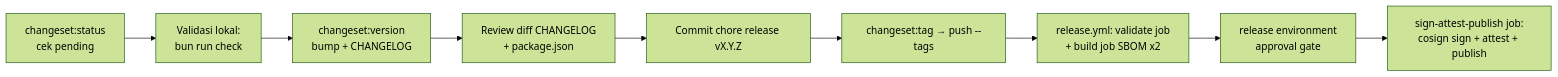
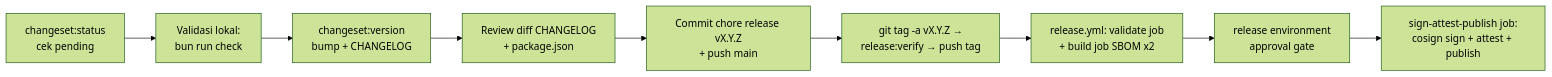
One commit to ahliweb/awcms changed the diagram in .claude/skills/awcms-release/SKILL.md. Above: the diagram before and after it, drawn with Mermaid (forest theme). The commit also changed other lines of this file, not shown here.

First line of the commit message:
docs(skill): koreksi langkah tag rilis di awcms-release (#211)

````diff
--- a/.claude/skills/awcms-release/SKILL.md
+++ b/.claude/skills/awcms-release/SKILL.md
@@ -12,11 +12,11 @@
 ```mermaid
 flowchart LR
   A[changeset:status<br/>cek pending] --> B[Validasi lokal:<br/>bun run check]
   B --> C[changeset:version<br/>bump + CHANGELOG]
   C --> D[Review diff CHANGELOG<br/>+ package.json]
-  D --> E[Commit chore release vX.Y.Z]
-  E --> F[changeset:tag → push --tags]
+  D --> E[Commit chore release vX.Y.Z<br/>+ push main]
+  E --> F[git tag -a vX.Y.Z →<br/>release:verify → push tag]
   F --> G[release.yml: validate job<br/>+ build job SBOM x2]
   G --> H[release environment<br/>approval gate]
   H --> I[sign-attest-publish job:<br/>cosign sign + attest + publish]
 ```
````
